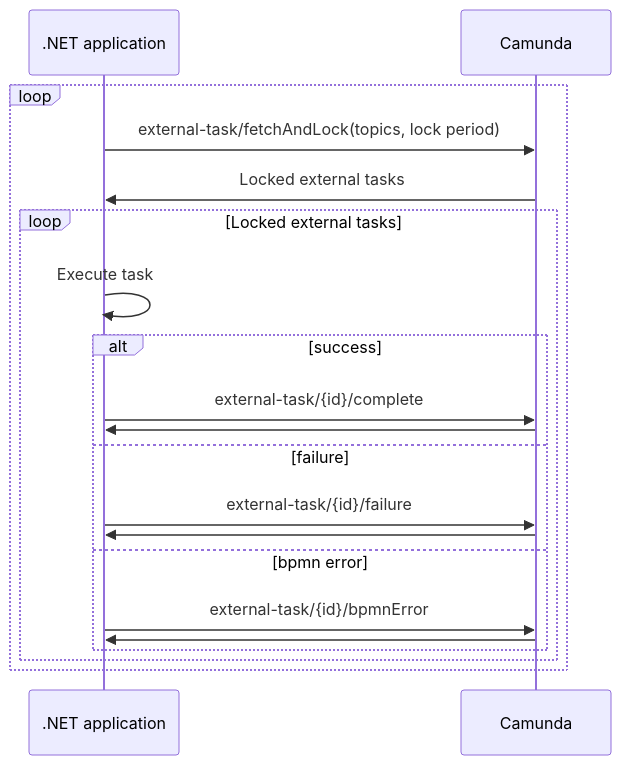
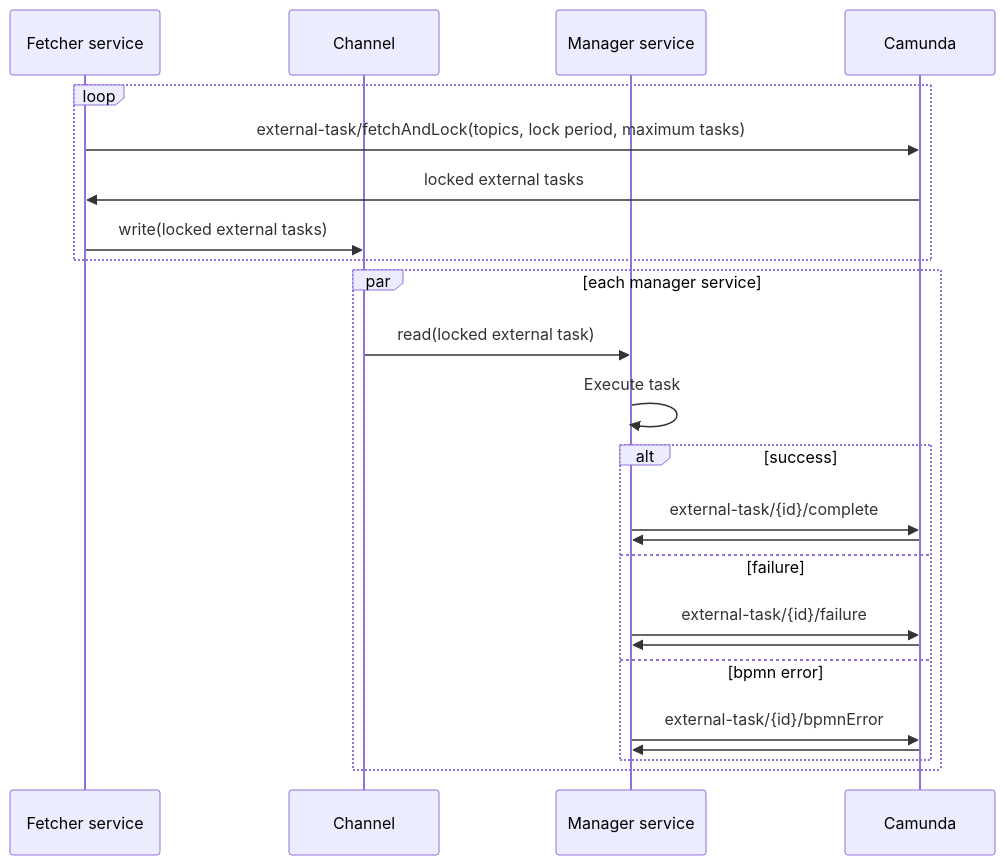
Before and after one commit to chrishaland/camunda-external-task: the diagram in README.md, drawn with Mermaid. The commit also changed other lines of this file and 9 other files, not shown here.

Commit message:
Execute tasks using channel streaming

````diff
--- a/README.md
+++ b/README.md
@@ -15,22 +17,26 @@
 ```mermaid
 sequenceDiagram
-    participant n as .NET application
+    participant f as Fetcher service
+    participant ch as Channel
+    participant m as Manager service
     participant c as Camunda
     loop
-        n->>c: external-task/fetchAndLock(topics, lock period)
-        c->>n: Locked external tasks
-        loop Locked external tasks
-            n->>n: Execute task
-            alt success
-                n->>c: external-task/{id}/complete
-                c->>n: 
-            else failure
-                n->>c: external-task/{id}/failure
-                c->>n: 
-            else bpmn error
-                n->>c: external-task/{id}/bpmnError
-                c->>n: 
-            end
+        f->>c: external-task/fetchAndLock(topics, lock period, maximum tasks)
+        c->>f: locked external tasks
+        f->>ch: write(locked external tasks)
+    end
+    par each manager service
+        ch->>m: read(locked external task)
+        m->>m: Execute task
+        alt success
+            m->>c: external-task/{id}/complete
+            c->>m: 
+        else failure
+            m->>c: external-task/{id}/failure
+            c->>m: 
+        else bpmn error
+            m->>c: external-task/{id}/bpmnError
+            c->>m: 
         end
     end
 ```
````
